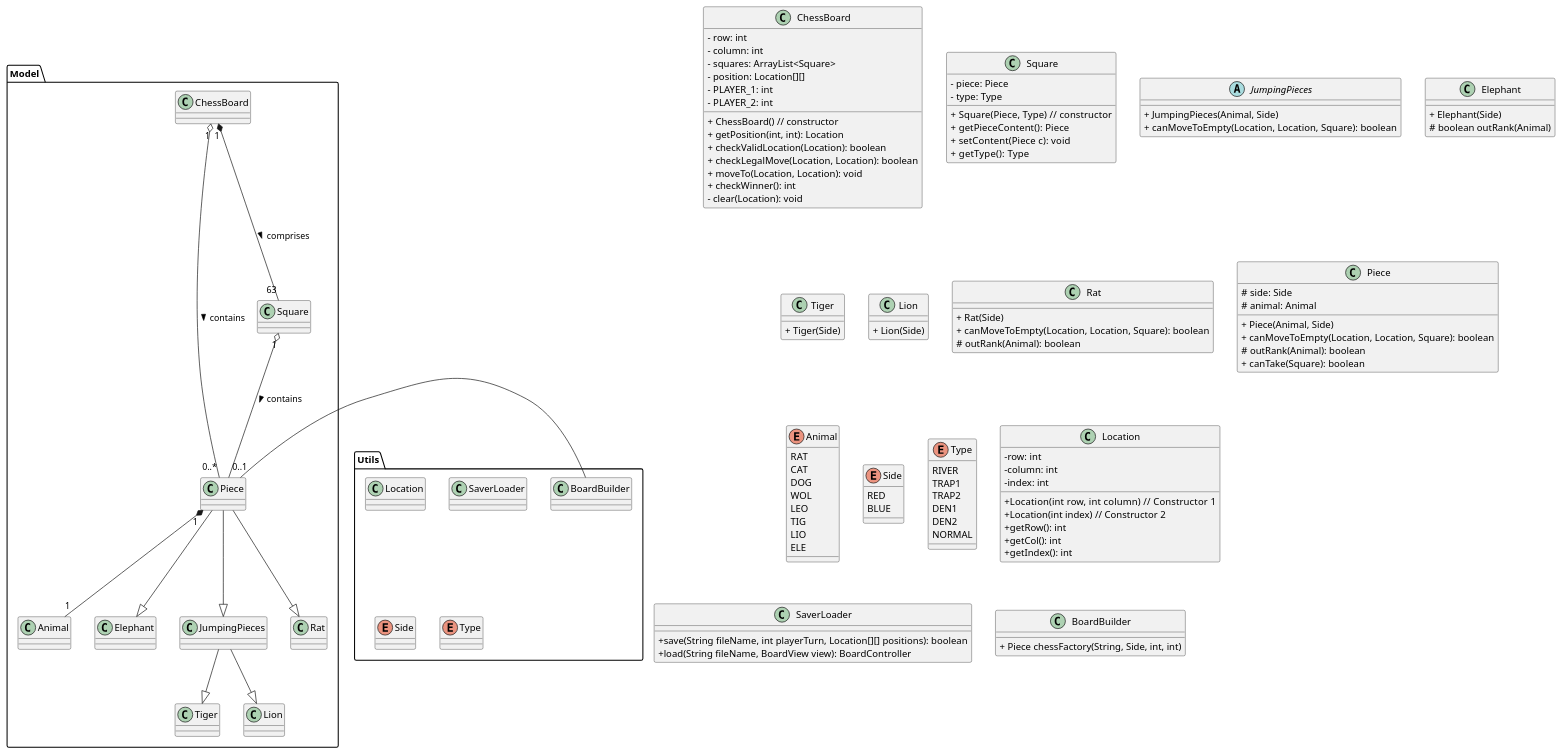
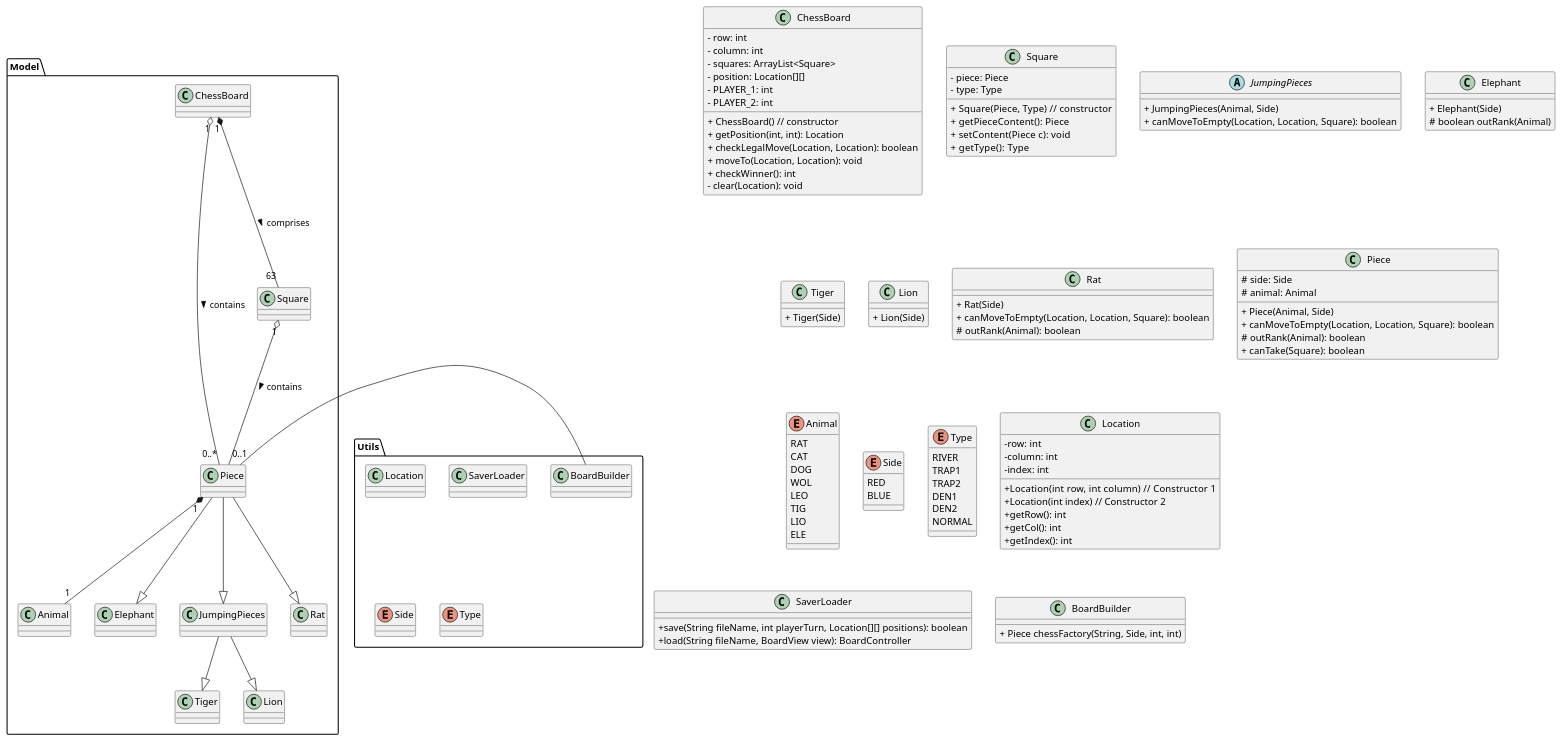
The diagram in src/main/java/UML/UpdatedClassDiagram.puml (Edo-kawa/SE-Project), drawn with PlantUML before and after one commit. The commit also changed 6 other files, not shown here.

```diff
--- a/src/main/java/UML/UpdatedClassDiagram.puml
+++ b/src/main/java/UML/UpdatedClassDiagram.puml
@@ -1,138 +1,137 @@
 @startuml
 'https://plantuml.com/class-diagram
 
 package "Model" {
     ChessBoard "1" o-- "0..*" Piece: contains >
     ChessBoard "1" *-- "63" Square: comprises >
 
     Square "1" o-- "0..1" Piece: contains >
 
     Piece "1" *-- "1" Animal
     Piece --|> Elephant
     Piece --|> JumpingPieces
     Piece --|> Rat
     JumpingPieces --|> Tiger
     JumpingPieces --|> Lion
 }
 
 package "Utils" {
     class Location
     class SaverLoader
     enum Side
     enum Type
     class BoardBuilder
 }
 
 Piece - BoardBuilder
 
 class ChessBoard {
 <plain>- row: int
 <plain>- column: int
 <plain>- squares: ArrayList<Square>
 <plain>- position: Location[][]
 <plain>- PLAYER_1: int
 <plain>- PLAYER_2: int
 
 <plain>+ ChessBoard() // constructor
 <plain>+ getPosition(int, int): Location
-<plain>+ checkValidLocation(Location): boolean
 <plain>+ checkLegalMove(Location, Location): boolean
 '<plain>+ boolean checkLegalMove(int index, Location to)
 <plain>+ moveTo(Location, Location): void
 '<plain>+ void moveTo(int index, Location to)
 <plain>+ checkWinner(): int
 <plain>- clear(Location): void
 }
 
 class Square {
     <plain>- piece: Piece
     <plain>- type: Type
 
     <plain>+  Square(Piece, Type) // constructor
     <plain>+  getPieceContent(): Piece
     <plain>+  setContent(Piece c): void
     <plain>+  getType(): Type
 }
 
 Abstract class JumpingPieces{
     <plain>+ JumpingPieces(Animal, Side)
     <plain>+ canMoveToEmpty(Location, Location, Square): boolean
 
 }
 class Elephant{
     <plain>+ Elephant(Side)
 
 
     <plain># boolean outRank(Animal)
 }
 class Tiger{
     <plain>+ Tiger(Side)
 }
 
 class Lion{
     <plain>+ Lion(Side)
 }
 
 class Rat{
     <plain>+ Rat(Side)
     <plain>+ canMoveToEmpty(Location, Location, Square): boolean
     <plain># outRank(Animal): boolean
 }
 
 class Piece {
     <plain># side: Side
     <plain># animal: Animal
 
     <plain>+ Piece(Animal, Side)
     <plain>+ canMoveToEmpty(Location, Location, Square): boolean
     <plain># outRank(Animal): boolean
     <plain>+ canTake(Square): boolean
 }
 
 enum Animal {
     RAT
     CAT
     DOG
     WOL
     LEO
     TIG
     LIO
     ELE
 }
 
 enum Side {
     RED
     BLUE
 }
 
 enum Type {
     RIVER
     TRAP1
     TRAP2
     DEN1
     DEN2
     NORMAL
 }
 
 class Location {
     <plain>-row: int
     <plain>-column: int
     <plain>-index: int
     <plain>+Location(int row, int column)   // Constructor 1
     <plain>+Location(int index) // Constructor 2
     <plain>+getRow(): int
     <plain>+getCol(): int
     <plain>+getIndex(): int
 
 }
 
 class SaverLoader {
     <plain>+save(String fileName, int playerTurn, Location[][] positions): boolean
     <plain>+load(String fileName, BoardView view): BoardController
 }
 
 class BoardBuilder {
     <plain>+ Piece chessFactory(String, Side, int, int)
 }
 
 @enduml
```
